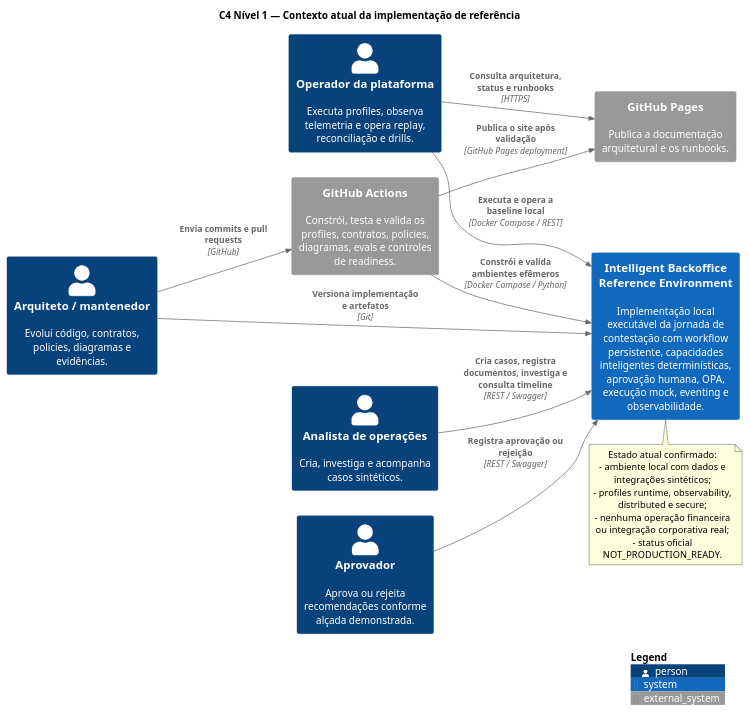
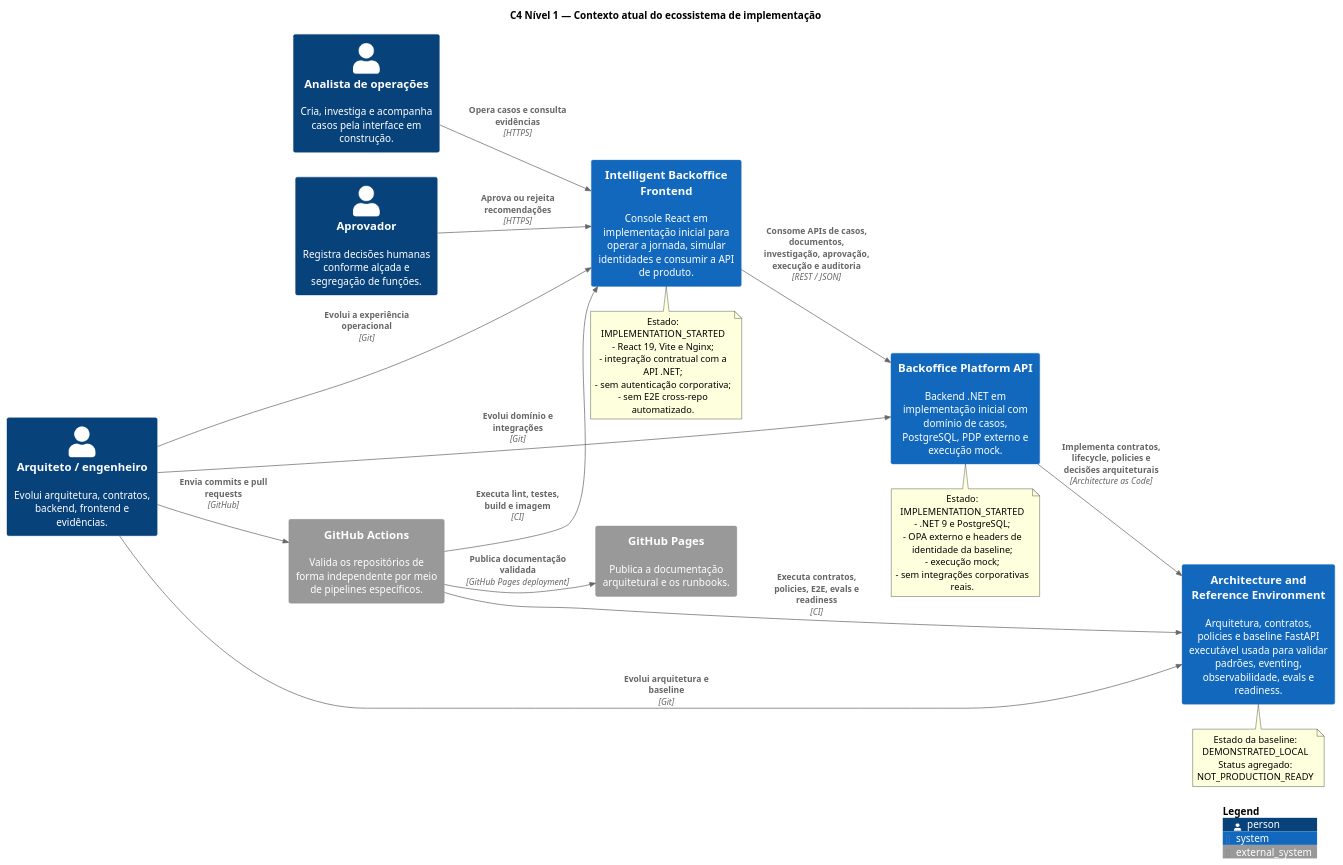
Before and after one commit to leandrosflora/intelligent-backoffice-platform-architecture: the diagram in C4/c4-context-current.puml, drawn with PlantUML.

Commit message:
Atualiza contexto C4 para o ecossistema de implementação

```diff
--- a/C4/c4-context-current.puml
+++ b/C4/c4-context-current.puml
@@ -1,35 +1,52 @@
 @startuml
 !include <C4/C4_Context>
 
-title C4 Nível 1 — Contexto atual da implementação de referência
+title C4 Nível 1 — Contexto atual do ecossistema de implementação
 LAYOUT_LEFT_RIGHT()
 
-Person(analyst, "Analista de operações", "Cria, investiga e acompanha casos sintéticos.")
-Person(approver, "Aprovador", "Aprova ou rejeita recomendações conforme alçada demonstrada.")
-Person(operator, "Operador da plataforma", "Executa profiles, observa telemetria e opera replay, reconciliação e drills.")
-Person(maintainer, "Arquiteto / mantenedor", "Evolui código, contratos, policies, diagramas e evidências.")
+Person(analyst, "Analista de operações", "Cria, investiga e acompanha casos pela interface em construção.")
+Person(approver, "Aprovador", "Registra decisões humanas conforme alçada e segregação de funções.")
+Person(engineer, "Arquiteto / engenheiro", "Evolui arquitetura, contratos, backend, frontend e evidências.")
 
-System(platform, "Intelligent Backoffice Reference Environment", "Implementação local executável da jornada de contestação com workflow persistente, capacidades inteligentes determinísticas, aprovação humana, OPA, execução mock, eventing e observabilidade.")
+System(frontend, "Intelligent Backoffice Frontend", "Console React em implementação inicial para operar a jornada, simular identidades e consumir a API de produto.")
+System(api, "Backoffice Platform API", "Backend .NET em implementação inicial com domínio de casos, PostgreSQL, PDP externo e execução mock.")
+System(reference, "Architecture and Reference Environment", "Arquitetura, contratos, policies e baseline FastAPI executável usada para validar padrões, eventing, observabilidade, evals e readiness.")
 
-System_Ext(actions, "GitHub Actions", "Constrói, testa e valida os profiles, contratos, policies, diagramas, evals e controles de readiness.")
+System_Ext(actions, "GitHub Actions", "Valida os repositórios de forma independente por meio de pipelines específicos.")
 System_Ext(pages, "GitHub Pages", "Publica a documentação arquitetural e os runbooks.")
 
-Rel(analyst, platform, "Cria casos, registra documentos, investiga e consulta timeline", "REST / Swagger")
-Rel(approver, platform, "Registra aprovação ou rejeição", "REST / Swagger")
-Rel(operator, platform, "Executa e opera a baseline local", "Docker Compose / REST")
-Rel(maintainer, platform, "Versiona implementação e artefatos", "Git")
-Rel(maintainer, actions, "Envia commits e pull requests", "GitHub")
-Rel(actions, platform, "Constrói e valida ambientes efêmeros", "Docker Compose / Python")
-Rel(actions, pages, "Publica o site após validação", "GitHub Pages deployment")
-Rel(operator, pages, "Consulta arquitetura, status e runbooks", "HTTPS")
+Rel(analyst, frontend, "Opera casos e consulta evidências", "HTTPS")
+Rel(approver, frontend, "Aprova ou rejeita recomendações", "HTTPS")
+Rel(frontend, api, "Consome APIs de casos, documentos, investigação, aprovação, execução e auditoria", "REST / JSON")
+Rel(api, reference, "Implementa contratos, lifecycle, policies e decisões arquiteturais", "Architecture as Code")
+Rel(engineer, frontend, "Evolui a experiência operacional", "Git")
+Rel(engineer, api, "Evolui domínio e integrações", "Git")
+Rel(engineer, reference, "Evolui arquitetura e baseline", "Git")
+Rel(engineer, actions, "Envia commits e pull requests", "GitHub")
+Rel(actions, frontend, "Executa lint, testes, build e imagem", "CI")
+Rel(actions, reference, "Executa contratos, policies, E2E, evals e readiness", "CI")
+Rel(actions, pages, "Publica documentação validada", "GitHub Pages deployment")
 
-note bottom of platform
-Estado atual confirmado:
-- ambiente local com dados e integrações sintéticos;
-- profiles runtime, observability, distributed e secure;
-- nenhuma operação financeira ou integração corporativa real;
-- status oficial NOT_PRODUCTION_READY.
+note bottom of frontend
+Estado: IMPLEMENTATION_STARTED
+- React 19, Vite e Nginx;
+- integração contratual com a API .NET;
+- sem autenticação corporativa;
+- sem E2E cross-repo automatizado.
+end note
+
+note bottom of api
+Estado: IMPLEMENTATION_STARTED
+- .NET 9 e PostgreSQL;
+- OPA externo e headers de identidade da baseline;
+- execução mock;
+- sem integrações corporativas reais.
+end note
+
+note bottom of reference
+Estado da baseline: DEMONSTRATED_LOCAL
+Status agregado: NOT_PRODUCTION_READY
 end note
 
 SHOW_LEGEND()
 @enduml
```
